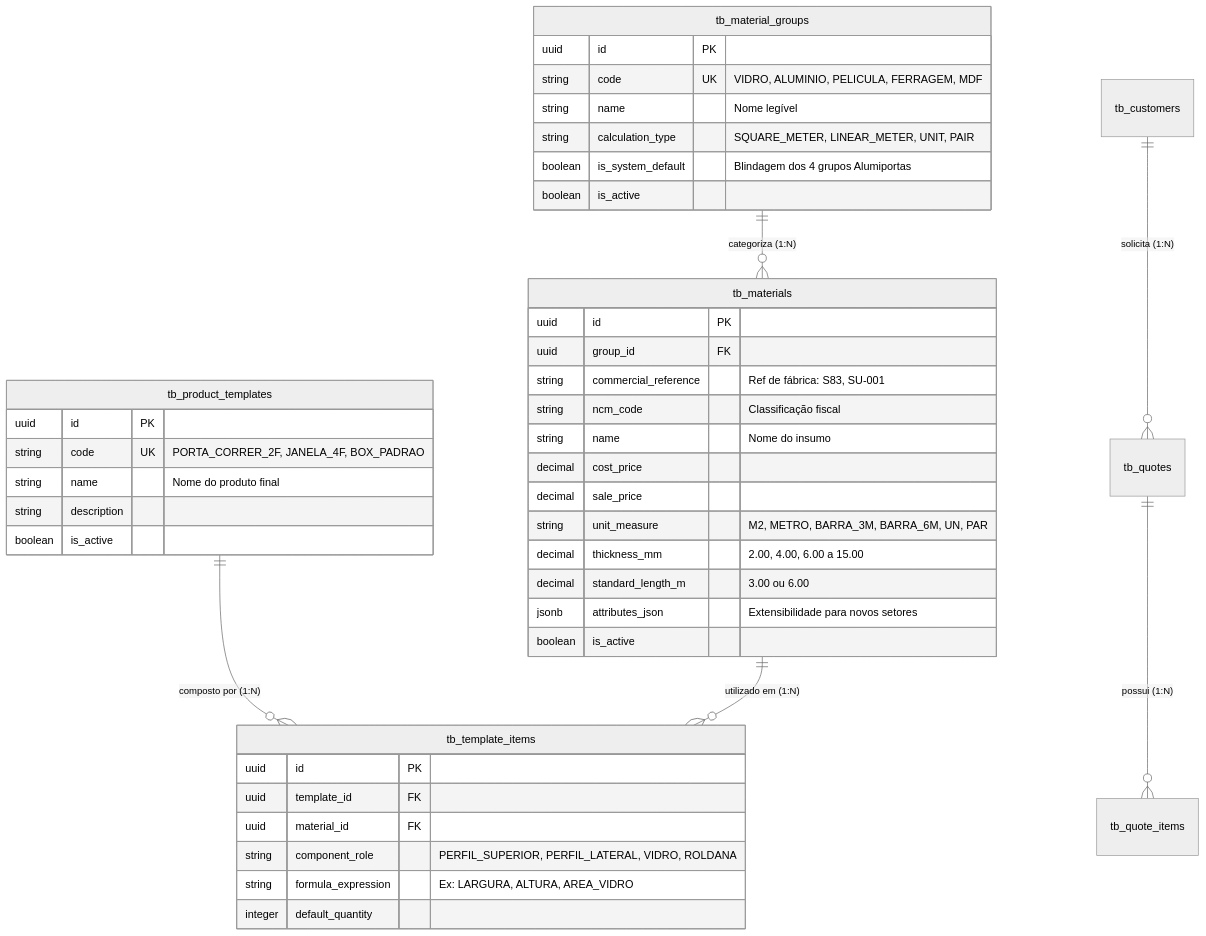
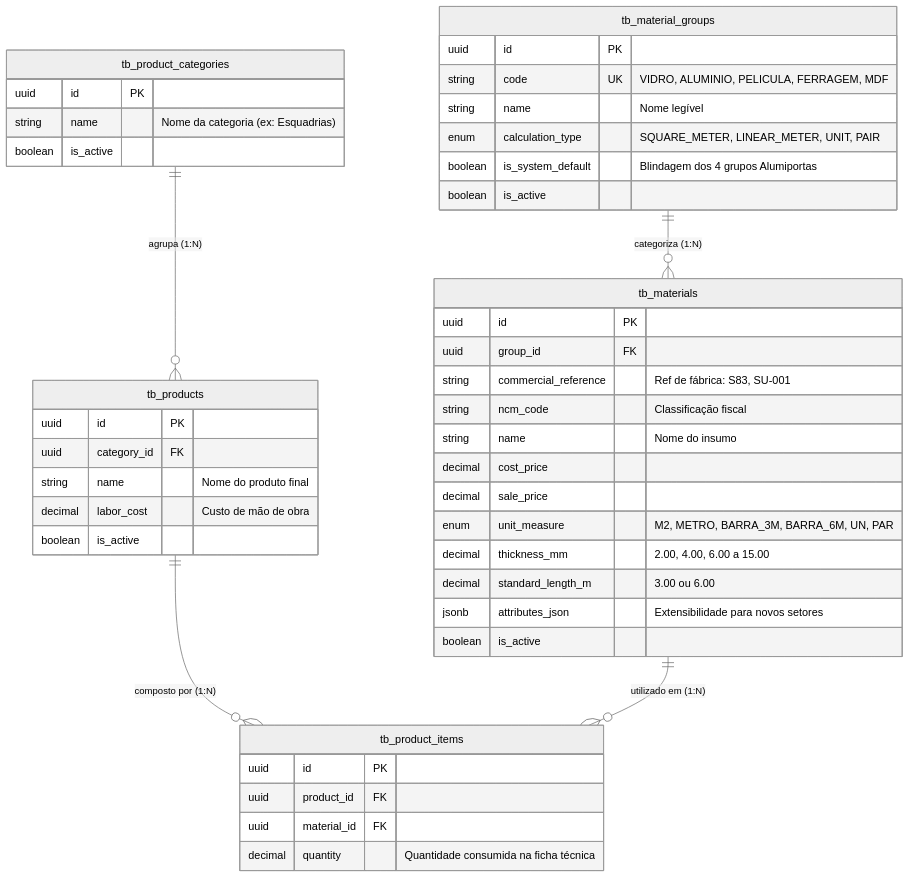
The diagram in docs/sistema/001-analise-projeto/MER-Modelo_de_Dados.md (ADS-IFPB-SR/alumigest), drawn with Mermaid (neutral theme) before and after one commit. The commit also changed other lines of this file and 15 other files, not shown here.

````diff
--- a/docs/sistema/001-analise-projeto/MER-Modelo_de_Dados.md
+++ b/docs/sistema/001-analise-projeto/MER-Modelo_de_Dados.md
@@ -12,49 +12,52 @@
 ```mermaid
 erDiagram
     tb_material_groups ||--o{ tb_materials : "categoriza (1:N)"
-    tb_product_templates ||--o{ tb_template_items : "composto por (1:N)"
-    tb_materials ||--o{ tb_template_items : "utilizado em (1:N)"
-    tb_customers ||--o{ tb_quotes : "solicita (1:N)"
-    tb_quotes ||--o{ tb_quote_items : "possui (1:N)"
+    tb_product_categories ||--o{ tb_products : "agrupa (1:N)"
+    tb_products ||--o{ tb_product_items : "composto por (1:N)"
+    tb_materials ||--o{ tb_product_items : "utilizado em (1:N)"
 
     tb_material_groups {
         uuid id PK
         string code UK "VIDRO, ALUMINIO, PELICULA, FERRAGEM, MDF"
         string name "Nome legível"
-        string calculation_type "SQUARE_METER, LINEAR_METER, UNIT, PAIR"
+        enum calculation_type "SQUARE_METER, LINEAR_METER, UNIT, PAIR"
         boolean is_system_default "Blindagem dos 4 grupos Alumiportas"
         boolean is_active
     }
 
     tb_materials {
         uuid id PK
         uuid group_id FK
         string commercial_reference "Ref de fábrica: S83, SU-001"
         string ncm_code "Classificação fiscal"
         string name "Nome do insumo"
         decimal cost_price
         decimal sale_price
-        string unit_measure "M2, METRO, BARRA_3M, BARRA_6M, UN, PAR"
+        enum unit_measure "M2, METRO, BARRA_3M, BARRA_6M, UN, PAR"
         decimal thickness_mm "2.00, 4.00, 6.00 a 15.00"
         decimal standard_length_m "3.00 ou 6.00"
         jsonb attributes_json "Extensibilidade para novos setores"
         boolean is_active
     }
 
-    tb_product_templates {
+    tb_product_categories {
         uuid id PK
-        string code UK "PORTA_CORRER_2F, JANELA_4F, BOX_PADRAO"
-        string name "Nome do produto final"
-        string description
+        string name "Nome da categoria (ex: Esquadrias)"
         boolean is_active
     }
 
-    tb_template_items {
+    tb_products {
         uuid id PK
-        uuid template_id FK
+        uuid category_id FK
+        string name "Nome do produto final"
+        decimal labor_cost "Custo de mão de obra"
+        boolean is_active
+    }
+
+    tb_product_items {
+        uuid id PK
+        uuid product_id FK
         uuid material_id FK
-        string component_role "PERFIL_SUPERIOR, PERFIL_LATERAL, VIDRO, ROLDANA"
-        string formula_expression "Ex: LARGURA, ALTURA, AREA_VIDRO"
-        integer default_quantity
+        decimal quantity "Quantidade consumida na ficha técnica"
     }
 ```
````
